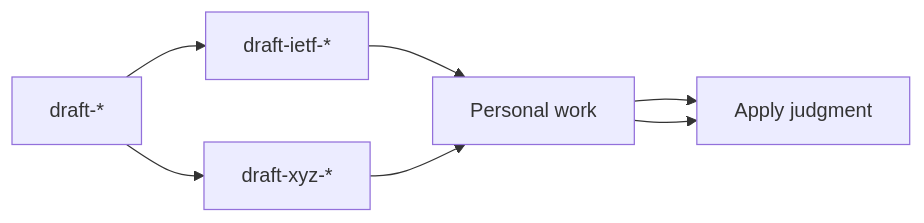
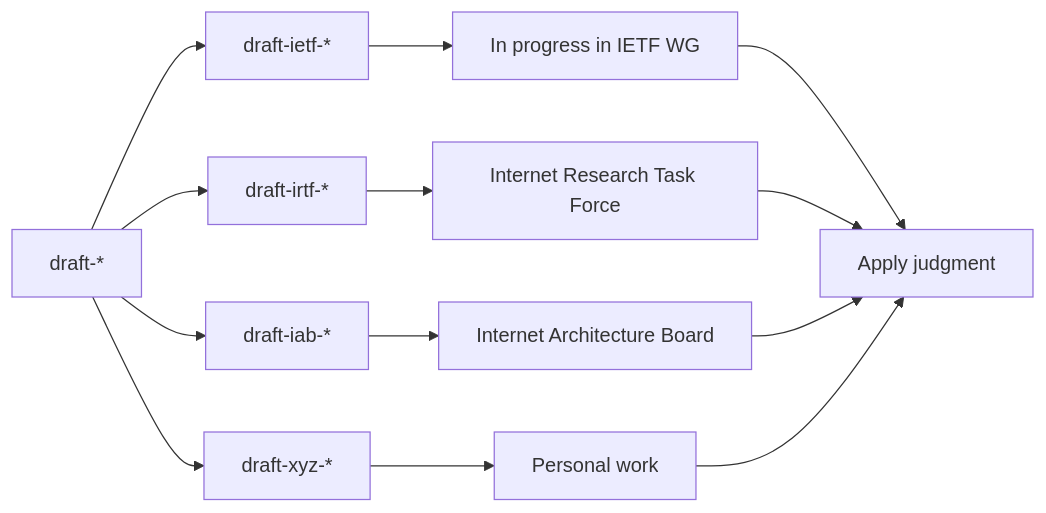
One commit to becarpenter/misc changed the diagram in trym.md. Above: the diagram before and after it, drawn with Mermaid.

````diff
--- a/trym.md
+++ b/trym.md
@@ -1,5 +1,7 @@
 ```mermaid
 flowchart LR
-    D[draft-*] --> I[draft-ietf-*] --> A[In progress in IETF WG] --> J[Apply judgment]
-    D --> X[draft-xyz-*] --> A[Personal work] --> J
+    D[draft-*] --> IETF[draft-ietf-*] --> WG[In progress in IETF WG] --> J[Apply judgment]
+    D --> IRTF[draft-irtf-*] --> RG[Internet Research Task Force] --> J
+    D --> IAB[draft-iab-*] --> B[Internet Architecture Board] --> J
+    D --> X[draft-xyz-*] --> P[Personal work] --> J
 ```
````
